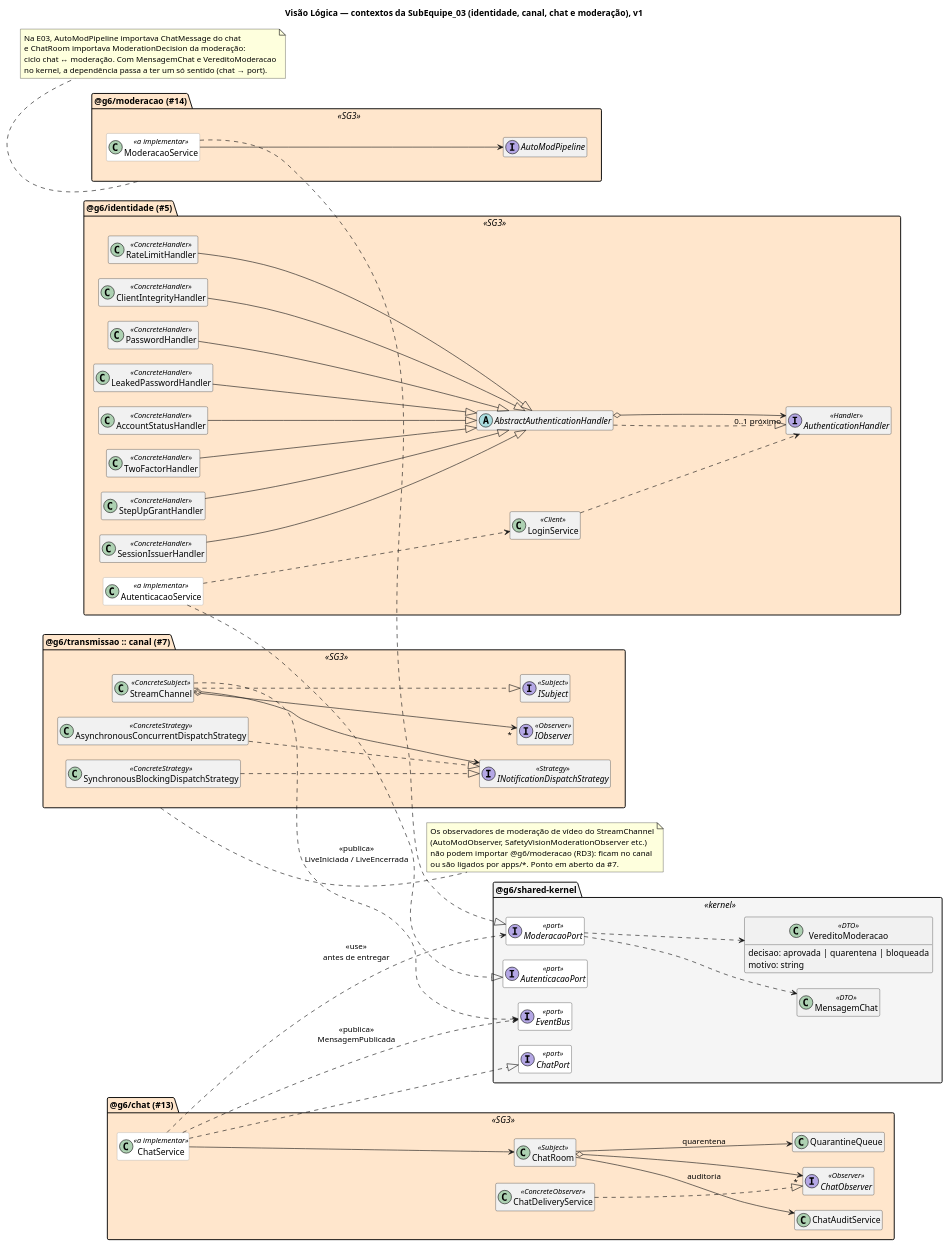
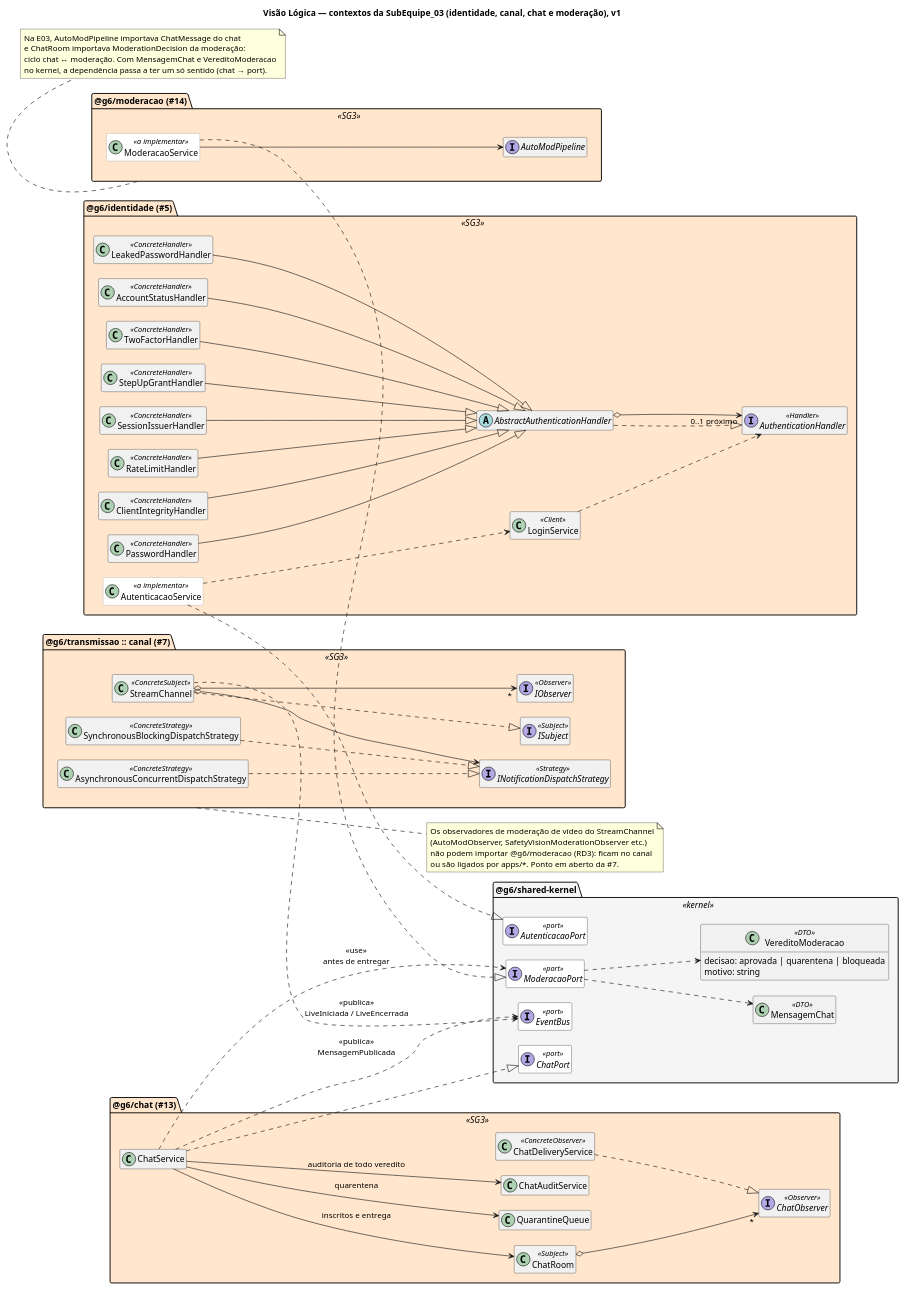
The diagram in docs/Base/Relatórios/1.1.1.DAS/assets/visao-logica/visao-logica-contextos-sg3-v1.puml (UnBArqDsw2026-2-Turma01/2026.2-T01-_G6_ProjetoStreamingVideo_Entrega_04), drawn with PlantUML before and after one commit. The commit also changed 3 other files, not shown here.

Commit message:
docs(visao-logica): validar o contexto chat contra o código mesclado (#5)

```diff
--- a/docs/Base/Relatórios/1.1.1.DAS/assets/visao-logica/visao-logica-contextos-sg3-v1.puml
+++ b/docs/Base/Relatórios/1.1.1.DAS/assets/visao-logica/visao-logica-contextos-sg3-v1.puml
@@ -1,133 +1,135 @@
 @startuml visao-logica-contextos-sg3-v1
 ' Visão Lógica (DAS 1.1.1.5) — detalhe dos contextos da SubEquipe_03:
 ' identidade, transmissao/canal, chat e moderacao.
 ' Autoria: SubEquipe_01 (Lucas Andrade Zanetti, Matheus Lemes Amaral,
 ' Pedro Druck Montalvão Reis, Heitor Macedo Ricardo), 2026. Versão 1 — rascunho
 ' a validar pela SubEquipe_03 (Hugo Freitas Silva e Philipe Amâncio Reis Caetano).
 ' Classes da E03: g6-streaming-entrega03-subgrupo03-codigo @ d2860ff.
+' Contexto chat validado por Philipe Amâncio Reis Caetano em 22/11/2026 contra o código
+' mesclado (Entrega_04_Codigo, PR #38): ChatService implementado; quarentena e auditoria no ChatService.
 
 title Visão Lógica — contextos da SubEquipe_03 (identidade, canal, chat e moderação), v1
 
 left to right direction
 skinparam nodesep 25
 skinparam ranksep 60
 skinparam backgroundColor #FFFFFF
 skinparam shadowing false
 skinparam defaultFontName Helvetica
 skinparam packageStyle folder
 skinparam classAttributeIconSize 0
 hide empty members
 skinparam package {
   BackgroundColor<<SG3>> #FFE6CC
   BackgroundColor<<kernel>> #F5F5F5
 }
 skinparam class {
   BackgroundColor<<a implementar>> #FFFFFF
   BorderColor<<a implementar>> #999999
   BackgroundColor<<port>> #FFFFFF
 }
 
 package "@g6/shared-kernel" as kernel <<kernel>> {
   interface AutenticacaoPort <<port>>
   interface ChatPort <<port>>
   interface ModeracaoPort <<port>>
   interface EventBus <<port>>
   class MensagemChat <<DTO>>
   class VereditoModeracao <<DTO>> {
     decisao: aprovada | quarentena | bloqueada
     motivo: string
   }
 }
 
 package "@g6/identidade (#5)" as identidade <<SG3>> {
   interface AuthenticationHandler <<Handler>>
   abstract class AbstractAuthenticationHandler
   class RateLimitHandler <<ConcreteHandler>>
   class ClientIntegrityHandler <<ConcreteHandler>>
   class PasswordHandler <<ConcreteHandler>>
   class LeakedPasswordHandler <<ConcreteHandler>>
   class AccountStatusHandler <<ConcreteHandler>>
   class TwoFactorHandler <<ConcreteHandler>>
   class StepUpGrantHandler <<ConcreteHandler>>
   class SessionIssuerHandler <<ConcreteHandler>>
   class LoginService <<Client>>
   class AutenticacaoService <<a implementar>>
 }
 
 package "@g6/transmissao :: canal (#7)" as canal <<SG3>> {
   interface ISubject <<Subject>>
   interface IObserver <<Observer>>
   class StreamChannel <<ConcreteSubject>>
   interface INotificationDispatchStrategy <<Strategy>>
   class AsynchronousConcurrentDispatchStrategy <<ConcreteStrategy>>
   class SynchronousBlockingDispatchStrategy <<ConcreteStrategy>>
 }
 
 package "@g6/chat (#13)" as chat <<SG3>> {
   class ChatRoom <<Subject>>
   interface ChatObserver <<Observer>>
   class ChatDeliveryService <<ConcreteObserver>>
   class QuarantineQueue
   class ChatAuditService
-  class ChatService <<a implementar>>
+  class ChatService
 }
 
 package "@g6/moderacao (#14)" as moderacao <<SG3>> {
   interface AutoModPipeline
   class ModeracaoService <<a implementar>>
 }
 
 ' Chain of Responsibility
 AbstractAuthenticationHandler ..|> AuthenticationHandler
 AbstractAuthenticationHandler o--> "0..1 próximo" AuthenticationHandler
 RateLimitHandler --|> AbstractAuthenticationHandler
 ClientIntegrityHandler --|> AbstractAuthenticationHandler
 PasswordHandler --|> AbstractAuthenticationHandler
 LeakedPasswordHandler --|> AbstractAuthenticationHandler
 AccountStatusHandler --|> AbstractAuthenticationHandler
 TwoFactorHandler --|> AbstractAuthenticationHandler
 StepUpGrantHandler --|> AbstractAuthenticationHandler
 SessionIssuerHandler --|> AbstractAuthenticationHandler
 LoginService ..> AuthenticationHandler
 AutenticacaoService ..|> AutenticacaoPort
 AutenticacaoService ..> LoginService
 
 ' Observer + Strategy no canal
 StreamChannel ..|> ISubject
 StreamChannel o--> "*" IObserver
 StreamChannel o--> INotificationDispatchStrategy
 AsynchronousConcurrentDispatchStrategy ..|> INotificationDispatchStrategy
 SynchronousBlockingDispatchStrategy ..|> INotificationDispatchStrategy
 StreamChannel ..> EventBus : <<publica>>\nLiveIniciada / LiveEncerrada
 
 ' Observer no chat, moderação por port
 ChatRoom o--> "*" ChatObserver
 ChatDeliveryService ..|> ChatObserver
-ChatRoom --> QuarantineQueue : quarentena
-ChatRoom --> ChatAuditService : auditoria
 ChatService ..|> ChatPort
-ChatService --> ChatRoom
+ChatService --> ChatRoom : inscritos e entrega
+ChatService --> QuarantineQueue : quarentena
+ChatService --> ChatAuditService : auditoria de todo veredito
 ChatService ..> ModeracaoPort : <<use>>\nantes de entregar
 ChatService ..> EventBus : <<publica>>\nMensagemPublicada
 
 ' Moderação
 ModeracaoService ..|> ModeracaoPort
 ModeracaoService --> AutoModPipeline
 ModeracaoPort ..> MensagemChat
 ModeracaoPort ..> VereditoModeracao
 
 note bottom of moderacao
   Na E03, AutoModPipeline importava ChatMessage do chat
   e ChatRoom importava ModerationDecision da moderação:
   ciclo chat ↔ moderação. Com MensagemChat e VereditoModeracao
   no kernel, a dependência passa a ter um só sentido (chat → port).
 end note
 
 note right of canal
   Os observadores de moderação de vídeo do StreamChannel
   (AutoModObserver, SafetyVisionModerationObserver etc.)
   não podem importar @g6/moderacao (RD3): ficam no canal
   ou são ligados por apps/*. Ponto em aberto da #7.
 end note
 
 @enduml
```
